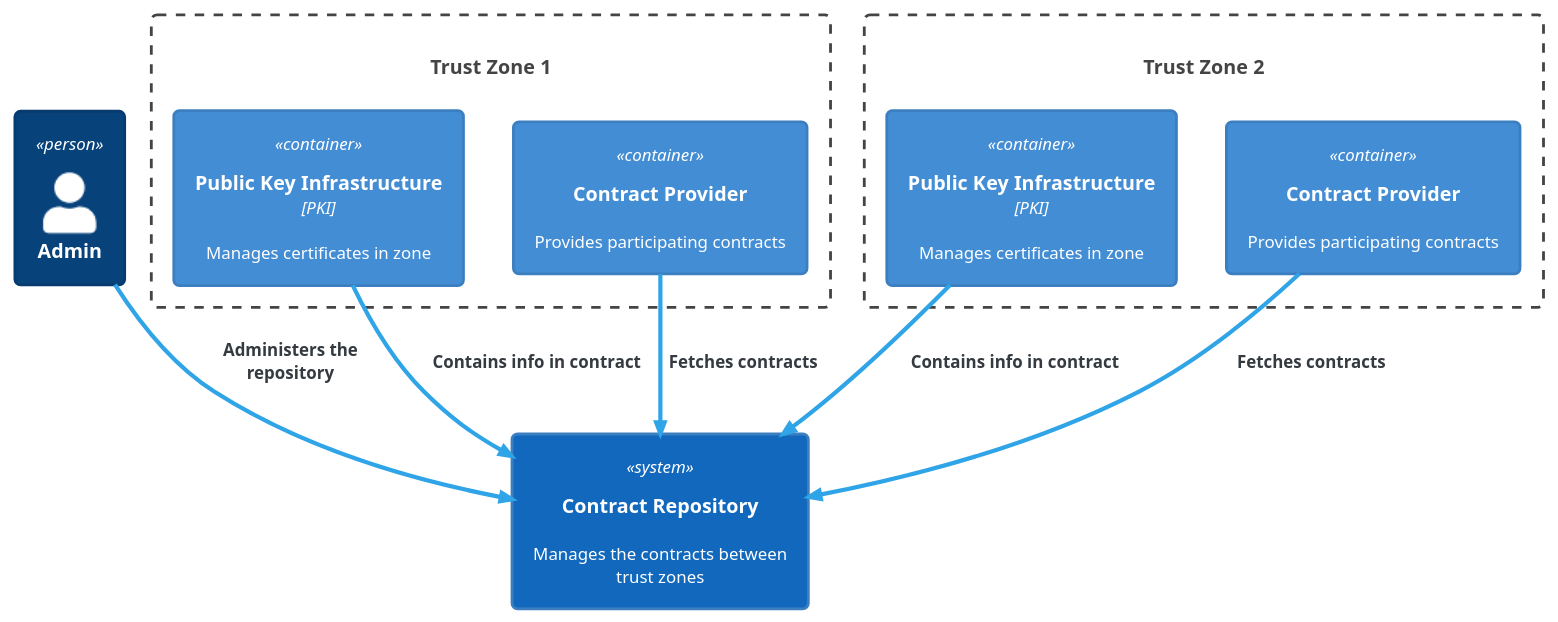
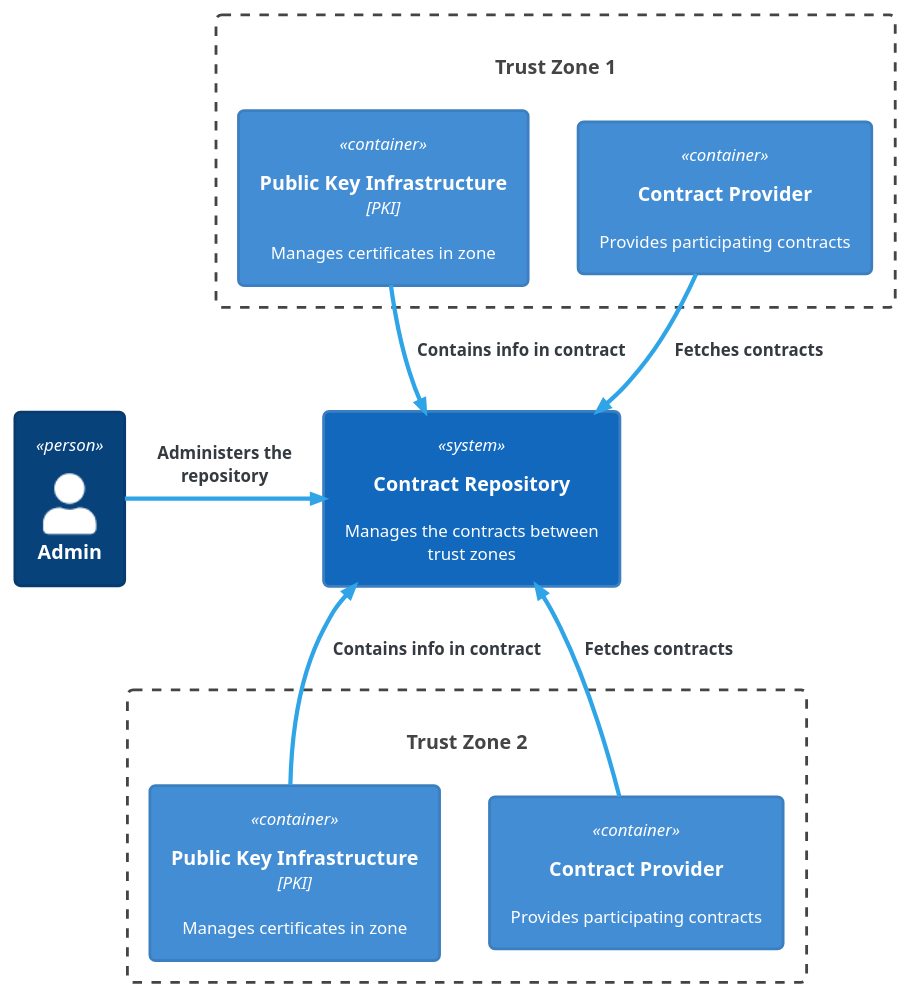
The diagram in diagrams/04_trusted_comm_contracts.puml (buehler/mse-master-thesis), drawn with PlantUML before and after one commit. The commit also changed 3 other files, not shown here.

```diff
--- a/diagrams/04_trusted_comm_contracts.puml
+++ b/diagrams/04_trusted_comm_contracts.puml
@@ -1,26 +1,27 @@
 @startuml
 !include https://raw.githubusercontent.com/plantuml-stdlib/C4-PlantUML/master/C4_Container.puml
 !theme cerulean-outline
 
 Person(admin, "Admin")
 
 System(repo, "Contract Repository", "Manages the contracts between trust zones")
 
 Boundary(t1, "Trust Zone 1") {
     Container(pki1, "Public Key Infrastructure", "PKI", "Manages certificates in zone")
     Container(p1, "Contract Provider", "", "Provides participating contracts")
 }
 
 Boundary(t2, "Trust Zone 2") {
     Container(pki2, "Public Key Infrastructure", "PKI", "Manages certificates in zone")
     Container(p2, "Contract Provider", "", "Provides participating contracts")
 }
 
-Rel(admin, repo, "Administers the repository")
+Rel_R(admin, repo, "Administers the repository")
 
 Rel(p1, repo, "Fetches contracts")
-Rel(p2, repo, "Fetches contracts")
 Rel(pki1, repo, "Contains info in contract")
-Rel(pki2, repo, "Contains info in contract")
+
+Rel_U(p2, repo, "Fetches contracts")
+Rel_U(pki2, repo, "Contains info in contract")
 
 @enduml
```
